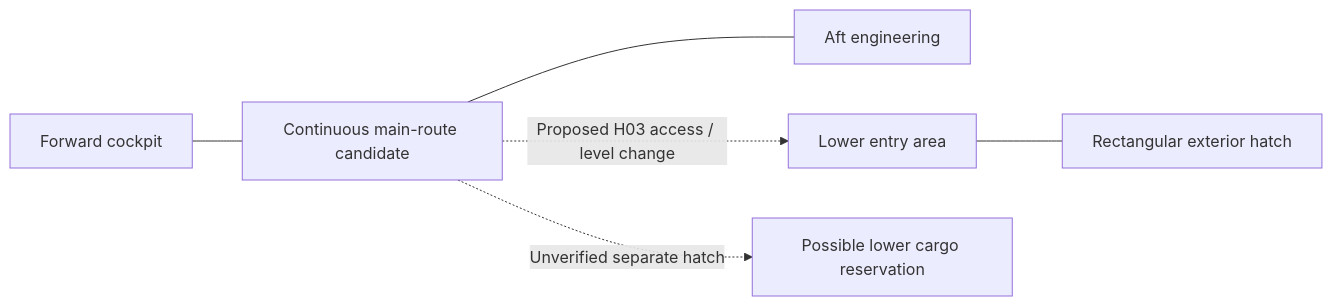
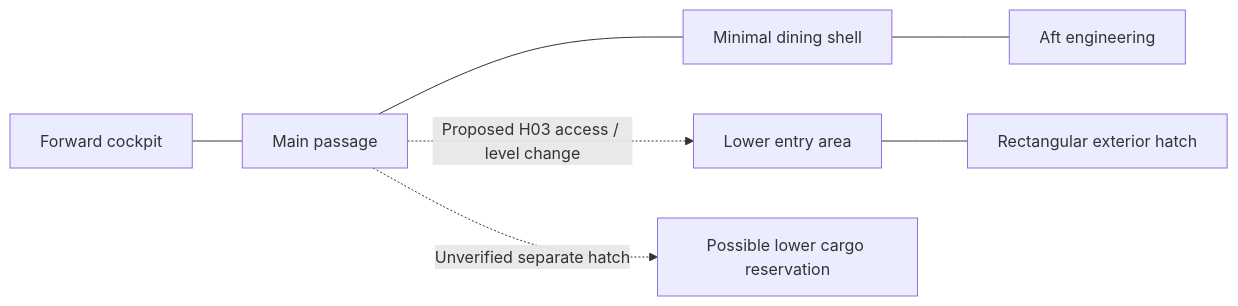
The second of 2 diagrams in docs/implementation/phase-1-2-spatial-motion-decision-packet.md (Phishinabowl/Outlaw-Star-Sim), drawn with Mermaid before and after one commit. The commit also changed other lines of this file and 9 other files, not shown here.

````diff
--- a/docs/implementation/phase-1-2-spatial-motion-decision-packet.md
+++ b/docs/implementation/phase-1-2-spatial-motion-decision-packet.md
@@ -162,7 +194,7 @@
 ```mermaid
 flowchart LR
-  B[Forward cockpit] --- P[Continuous main-route candidate] --- G[Aft engineering]
+  B[Forward cockpit] --- P[Main passage] --- D[Minimal dining shell] --- G[Aft engineering]
   P -.->|Proposed H03 access / level change| E[Lower entry area]
   E --- H[Rectangular exterior hatch]
   P -.->|Unverified separate hatch| C[Possible lower cargo reservation]
 ```
````
